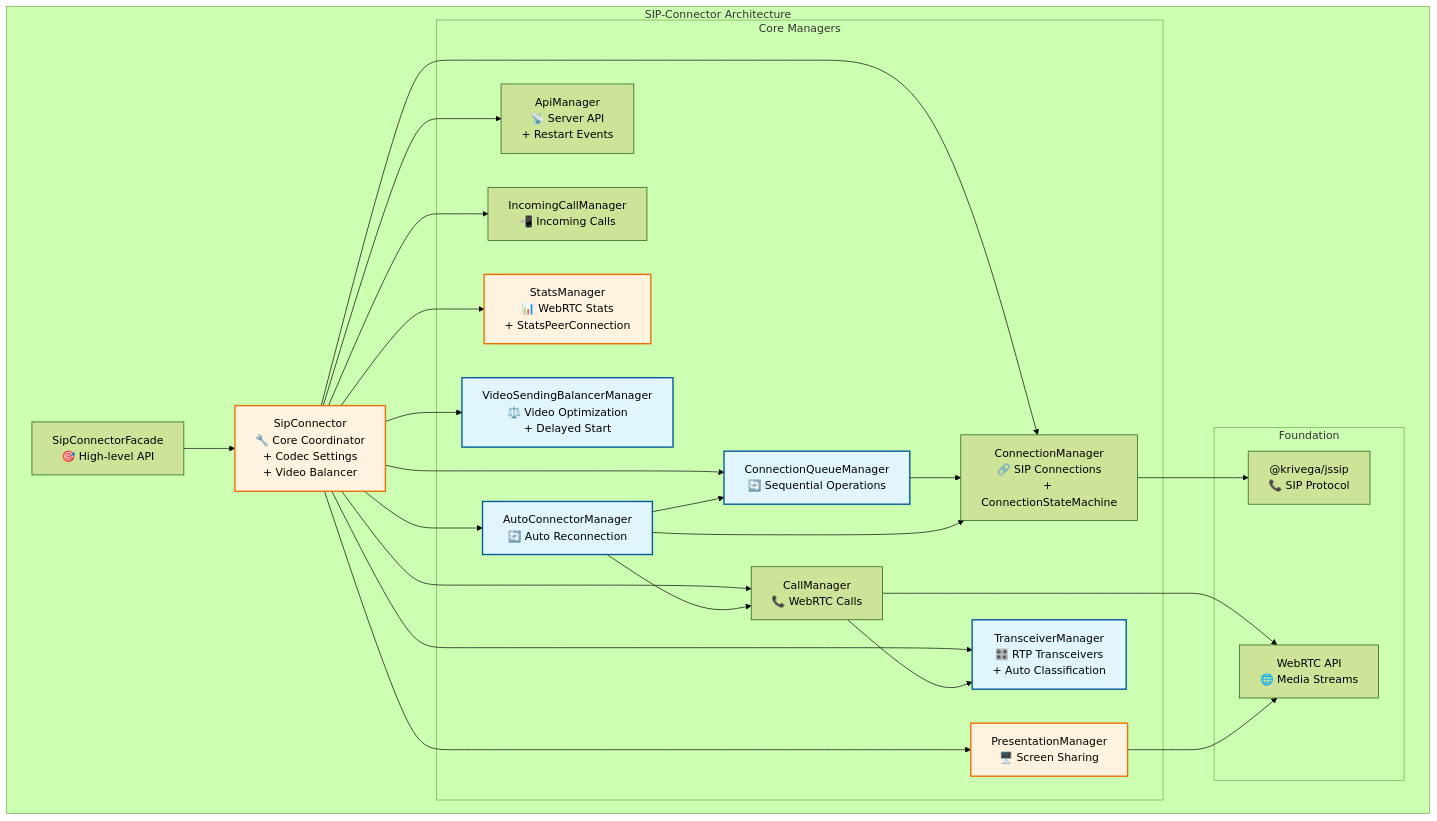
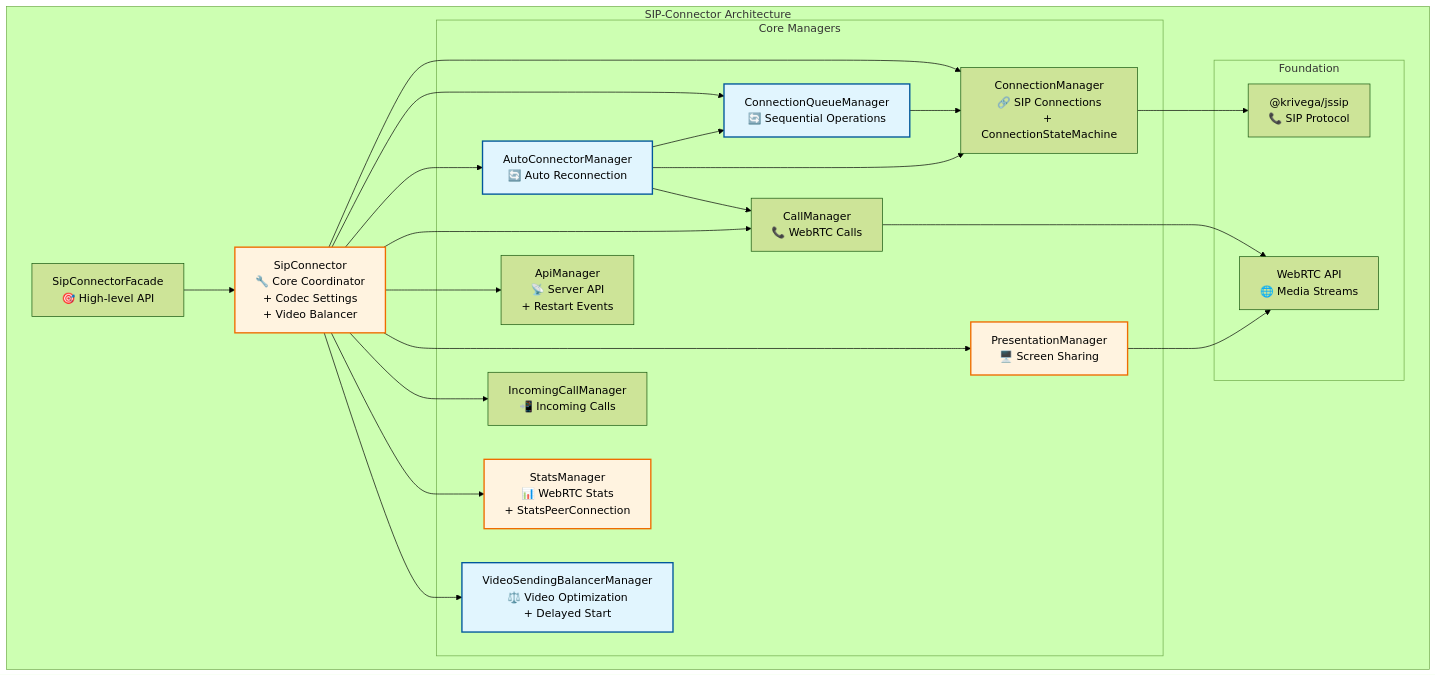
One commit to Krivega/sip-connector changed the diagram in docs/arch.md. Above: the diagram before and after it, drawn with Mermaid (forest theme). The commit also changed other lines of this file and 11 other files, not shown here.

Commit message:
refactor: remove TransceiverManager and related transceiver management functionality

````diff
--- a/docs/arch.md
+++ b/docs/arch.md
@@ -231,53 +207,49 @@
 ```mermaid
 graph TB
     subgraph "SIP-Connector Architecture"
         A["SipConnectorFacade<br/>🎯 High-level API"]
         B["SipConnector<br/>🔧 Core Coordinator<br/>+ Codec Settings<br/>+ Video Balancer"]
 
         subgraph "Core Managers"
             C["ConnectionManager<br/>🔗 SIP Connections<br/>+ ConnectionStateMachine"]
             D["CallManager<br/>📞 WebRTC Calls"]
             E["ApiManager<br/>📡 Server API<br/>+ Restart Events"]
             F["PresentationManager<br/>🖥️ Screen Sharing"]
             G["IncomingCallManager<br/>📲 Incoming Calls"]
             H["StatsManager<br/>📊 WebRTC Stats<br/>+ StatsPeerConnection"]
             I["VideoSendingBalancerManager<br/>⚖️ Video Optimization<br/>+ Delayed Start"]
-            J["TransceiverManager<br/>🎛️ RTP Transceivers<br/>+ Auto Classification"]
             K["ConnectionQueueManager<br/>🔄 Sequential Operations"]
             L["AutoConnectorManager<br/>🔄 Auto Reconnection"]
         end
 
         subgraph "Foundation"
             M["@krivega/jssip<br/>📞 SIP Protocol"]
             N["WebRTC API<br/>🌐 Media Streams"]
         end
 
         A --> B
         B --> C
         B --> K
         B --> L
         B --> D
         B --> E
         B --> F
         B --> G
         B --> H
         B --> I
-        B --> J
-        D --> J
         D --> N
         F --> N
         C --> M
         K --> C
         L --> K
         L --> C
         L --> D
     end
 
     style I fill:#e1f5fe,stroke:#01579b,stroke-width:2px
-    style J fill:#e1f5fe,stroke:#01579b,stroke-width:2px
     style K fill:#e1f5fe,stroke:#01579b,stroke-width:2px
     style L fill:#e1f5fe,stroke:#01579b,stroke-width:2px
     style B fill:#fff3e0,stroke:#ef6c00,stroke-width:2px
     style F fill:#fff3e0,stroke:#ef6c00,stroke-width:2px
     style H fill:#fff3e0,stroke:#ef6c00,stroke-width:2px
 ```
````
